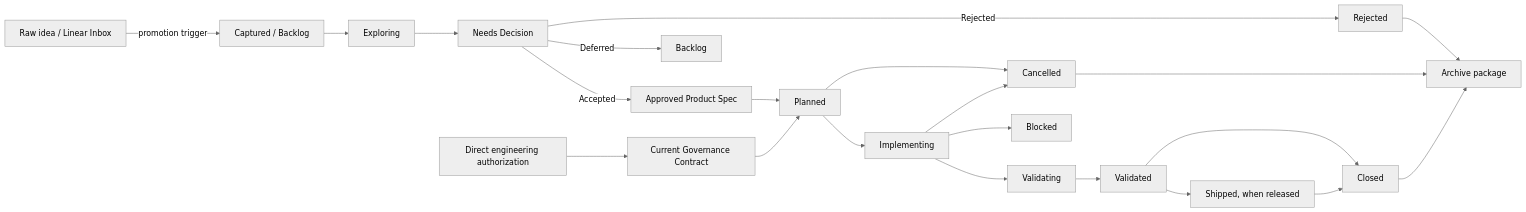
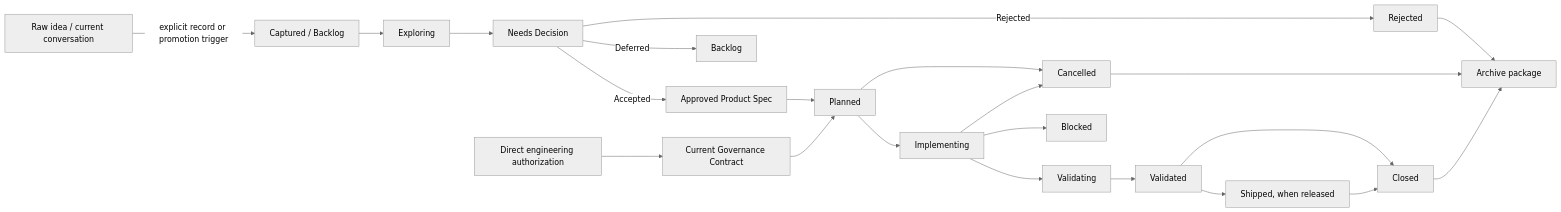
One commit to edonyzpc/personal-assistant changed the diagram in docs/development/documentation-workflow.md. Above: the diagram before and after it, drawn with Mermaid (neutral theme). The commit also changed other lines of this file and 23 other files, not shown here.

````diff
--- a/docs/development/documentation-workflow.md
+++ b/docs/development/documentation-workflow.md
@@ -83,24 +84,24 @@
 ```mermaid
 flowchart LR
-  Raw["Raw idea / Linear Inbox"] -->|promotion trigger| Capture
+  Raw["Raw idea / current conversation"] -->|explicit record or promotion trigger| Capture
   Capture["Captured / Backlog"] --> Explore["Exploring"]
   Explore --> Decide["Needs Decision"]
   Decide -->|Accepted| Spec["Approved Product Spec"]
   Decide -->|Deferred| Backlog["Backlog"]
   Decide -->|Rejected| Rejected["Rejected"]
   Spec --> Planned["Planned"]
   Planned --> Implementing["Implementing"]
   Implementing --> Validating["Validating"]
   Validating --> Validated["Validated"]
   Validated --> Shipped["Shipped, when released"]
   Validated --> Closed["Closed"]
   Shipped --> Closed
   Implementing --> Blocked["Blocked"]
   Implementing --> Cancelled["Cancelled"]
   Planned --> Cancelled
   Closed --> Archive["Archive package"]
   Cancelled --> Archive
   Rejected --> Archive
   GovAuth["Direct engineering authorization"] --> Gov["Current Governance Contract"]
   Gov --> Planned
 ```
````
